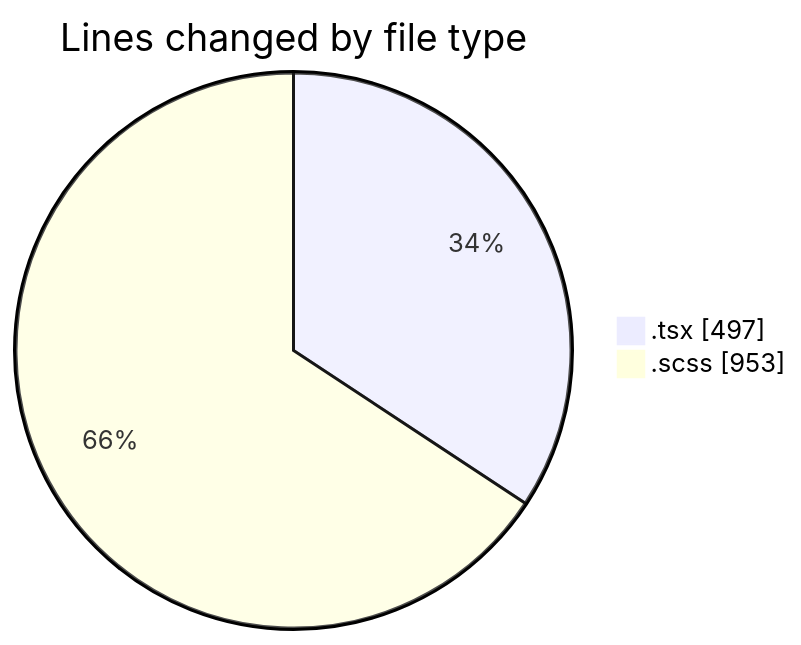
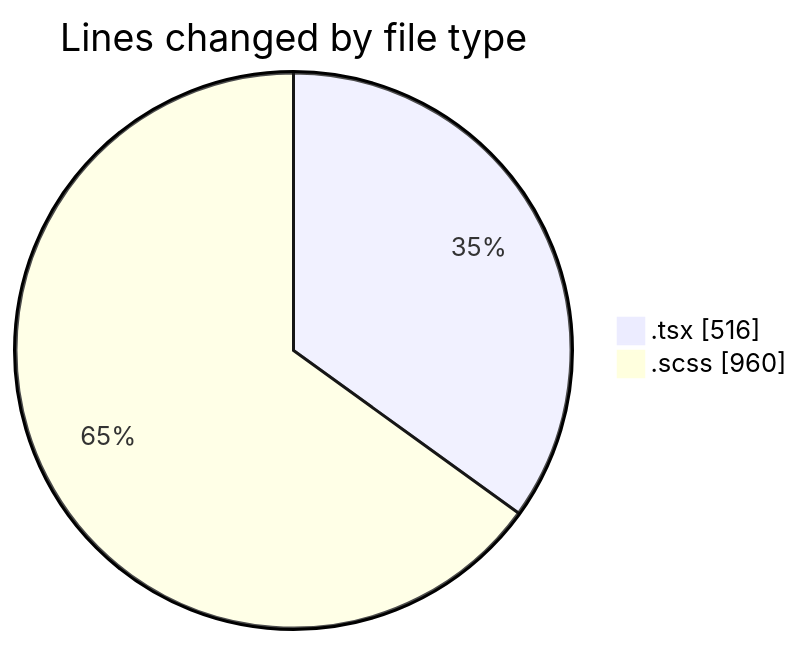
One commit to momahboobian/code-tracking changed the first of 2 diagrams in 2025-09-19/cda/README.md. Above: the diagram before and after it, drawn with Mermaid. The commit also changed other lines of this file and 1 other file, not shown here.

````diff
--- a/2025-09-19/cda/README.md
+++ b/2025-09-19/cda/README.md
@@ -22,6 +22,6 @@
 ```mermaid
 pie showData
 title Lines changed by file type
-".tsx" : 497
-".scss" : 953
+".tsx" : 516
+".scss" : 960
 ```
````
